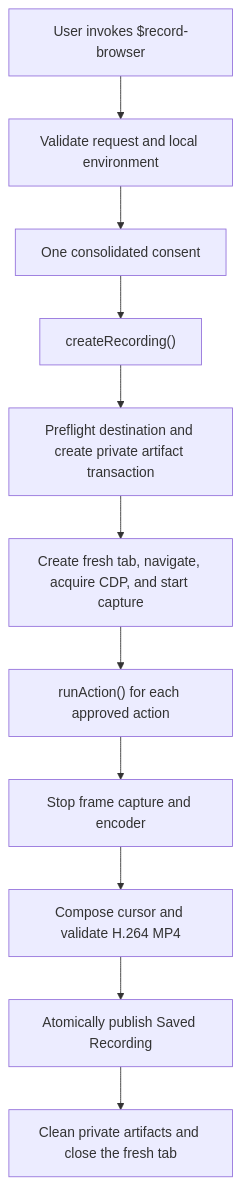
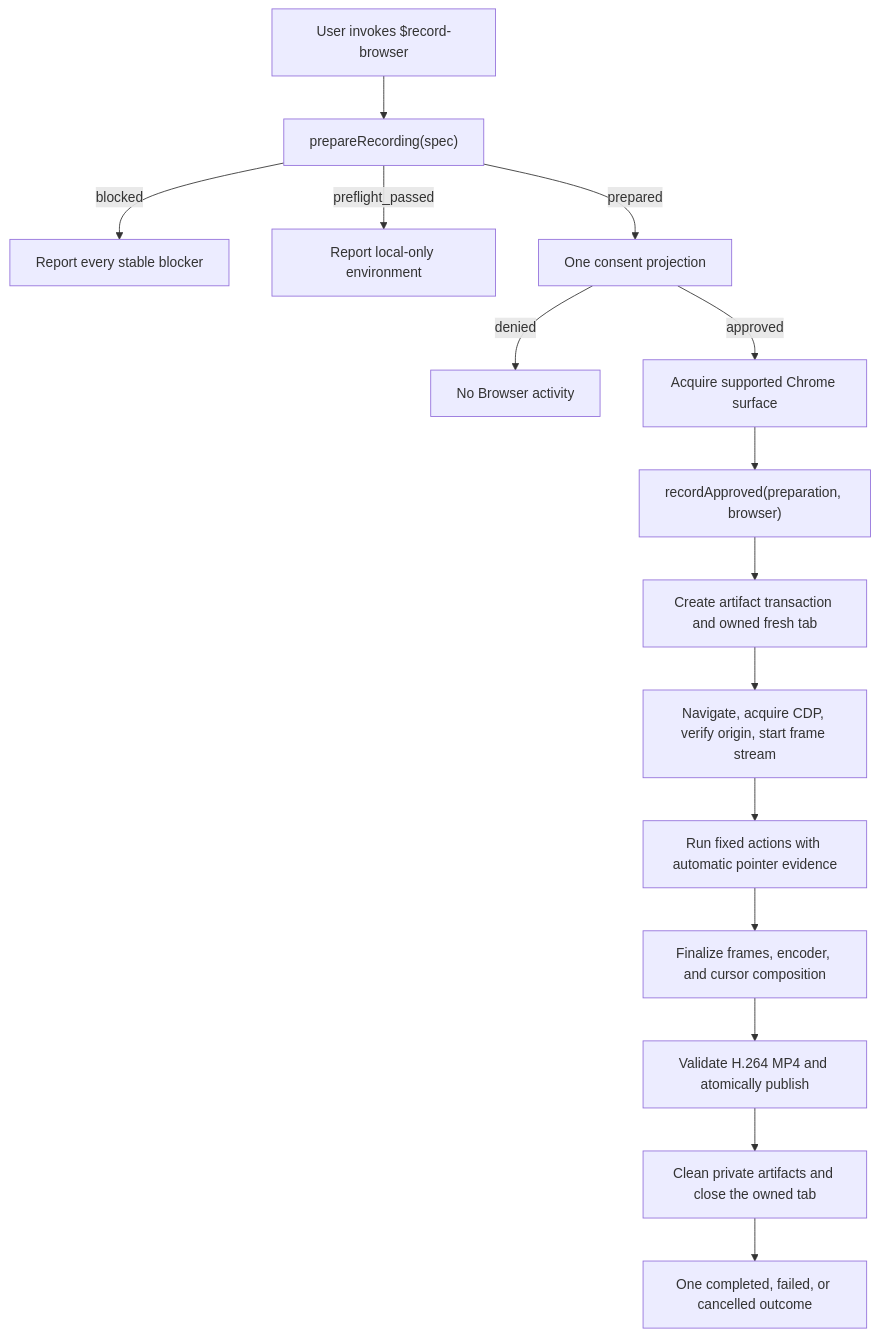
The diagram in docs/architecture.md (flsteven87/codex-browser-recorder), drawn with Mermaid before and after one commit. The commit also changed other lines of this file and 26 other files, not shown here.

First line of the commit message:
fix: harden Chrome recording runtime for 0.3.0 resubmission (#25)

````diff
--- a/docs/architecture.md
+++ b/docs/architecture.md
@@ -11,13 +9,17 @@
 ```mermaid
 flowchart TD
-  U["User invokes $record-browser"] --> V["Validate request and local environment"]
-  V --> C["One consolidated consent"]
-  C --> R["createRecording()"]
-  R --> D["Preflight destination and create private artifact transaction"]
-  D --> B["Create fresh tab, navigate, acquire CDP, and start capture"]
-  B --> A["runAction() for each approved action"]
-  A --> S["Stop frame capture and encoder"]
-  S --> M["Compose cursor and validate H.264 MP4"]
-  M --> P["Atomically publish Saved Recording"]
-  P --> X["Clean private artifacts and close the fresh tab"]
+  U["User invokes $record-browser"] --> P["prepareRecording(spec)"]
+  P -->|"blocked"| F["Report every stable blocker"]
+  P -->|"preflight_passed"| L["Report local-only environment"]
+  P -->|"prepared"| C["One consent projection"]
+  C -->|"denied"| N["No Browser activity"]
+  C -->|"approved"| B["Acquire supported Chrome surface"]
+  B --> R["recordApproved(preparation, browser)"]
+  R --> T["Create artifact transaction and owned fresh tab"]
+  T --> S["Navigate, acquire CDP, verify origin, start frame stream"]
+  S --> A["Run fixed actions with automatic pointer evidence"]
+  A --> M["Finalize frames, encoder, and cursor composition"]
+  M --> V["Validate H.264 MP4 and atomically publish"]
+  V --> X["Clean private artifacts and close the owned tab"]
+  X --> O["One completed, failed, or cancelled outcome"]
 ```
````
